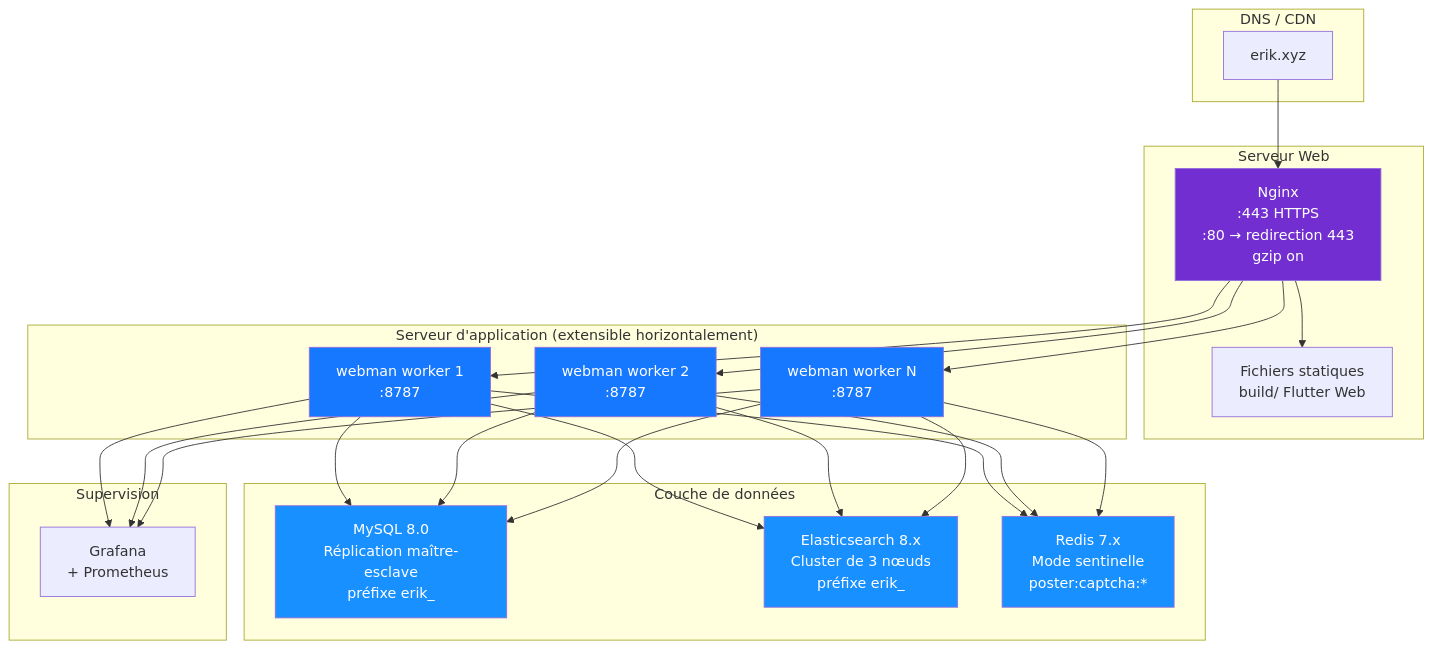
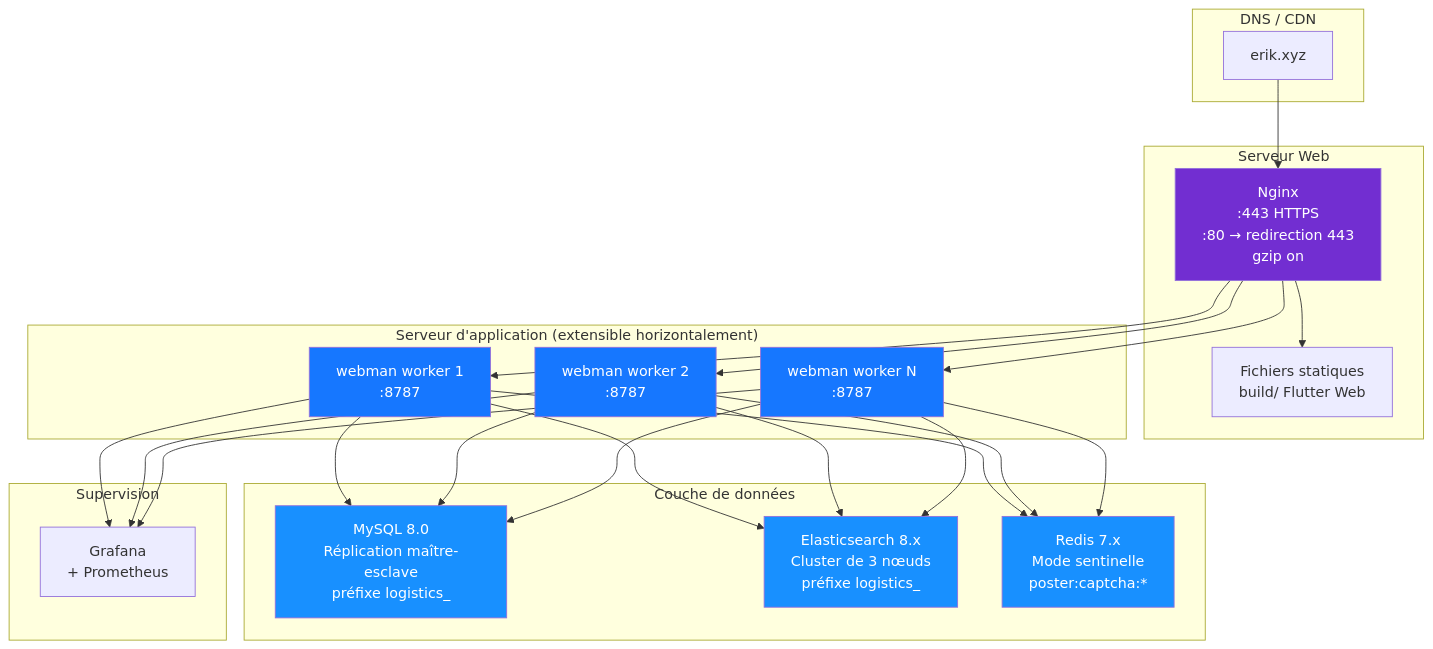
One commit to erikwang2013/integrated-global-logistics changed diagram 14 of 14 in admin/docs/ARCHITECTURE.fr.md. Above: the diagram before and after it, drawn with Mermaid. The commit also changed other lines of this file and 211 other files, not shown here.

````diff
--- a/admin/docs/ARCHITECTURE.fr.md
+++ b/admin/docs/ARCHITECTURE.fr.md
@@ -652,43 +652,43 @@
 ```mermaid
 flowchart TB
     subgraph "DNS / CDN"
         DNS["erik.xyz"]
     end
 
     subgraph "Serveur Web"
         NGX["Nginx<br/>:443 HTTPS<br/>:80 → redirection 443<br/>gzip on"]
         STA["Fichiers statiques<br/>build/ Flutter Web"]
     end
 
     subgraph "Serveur d'application (extensible horizontalement)"
         WM1["webman worker 1<br/>:8787"]
         WM2["webman worker 2<br/>:8787"]
         WM3["webman worker N<br/>:8787"]
     end
 
     subgraph "Couche de données"
-        MYSQL["MySQL 8.0<br/>Réplication maître-esclave<br/>préfixe erik_"]
-        ES["Elasticsearch 8.x<br/>Cluster de 3 nœuds<br/>préfixe erik_"]
+        MYSQL["MySQL 8.0<br/>Réplication maître-esclave<br/>préfixe logistics_"]
+        ES["Elasticsearch 8.x<br/>Cluster de 3 nœuds<br/>préfixe logistics_"]
         REDIS["Redis 7.x<br/>Mode sentinelle<br/>poster:captcha:*"]
     end
 
     subgraph "Supervision"
         MON["Grafana<br/>+ Prometheus"]
     end
 
     DNS --> NGX
     NGX --> STA
     NGX --> WM1 & WM2 & WM3
     WM1 & WM2 & WM3 --> MYSQL
     WM1 & WM2 & WM3 --> ES
     WM1 & WM2 & WM3 --> REDIS
     WM1 & WM2 & WM3 --> MON
 
     style NGX fill:#722ED1,color:#fff
     style WM1 fill:#1677FF,color:#fff
     style WM2 fill:#1677FF,color:#fff
     style WM3 fill:#1677FF,color:#fff
     style MYSQL fill:#1890FF,color:#fff
     style ES fill:#1890FF,color:#fff
     style REDIS fill:#1890FF,color:#fff
 ```
````
